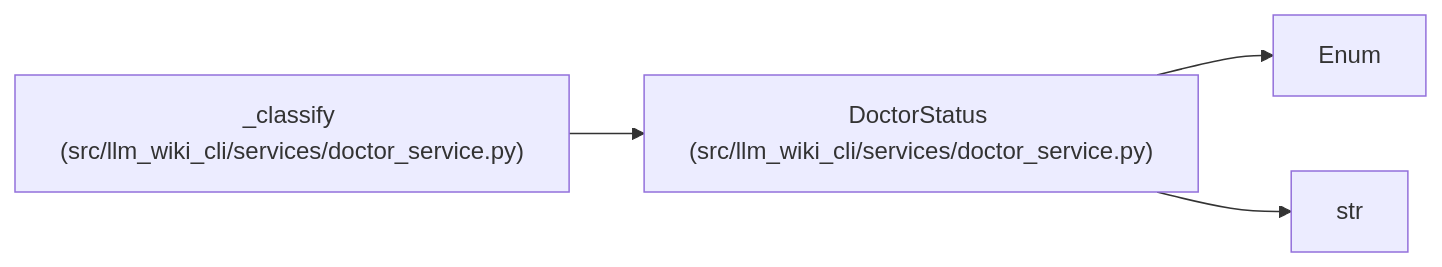
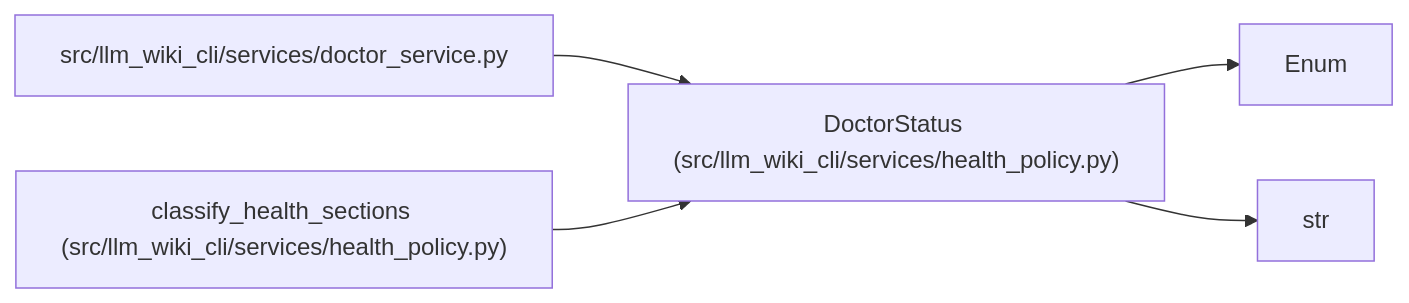
Before and after one commit to Denissvgn/python-wiki-llm: the diagram in docs/llm_wiki/entities/DoctorStatus.md, drawn with Mermaid. The commit also changed other lines of this file and 727 other files, not shown here.

````diff
--- a/docs/llm_wiki/entities/DoctorStatus.md
+++ b/docs/llm_wiki/entities/DoctorStatus.md
@@ -28,12 +28,15 @@
 ```mermaid
 flowchart LR
-    n0["DoctorStatus (src/llm_wiki_cli/services/doctor_service.py)"]
+    n0["DoctorStatus (src/llm_wiki_cli/services/health_policy.py)"]
     n1["Enum"]
     n2["str"]
-    n3["_classify (src/llm_wiki_cli/services/doctor_service.py)"]
+    n3["src/llm_wiki_cli/services/doctor_service.py"]
+    n4["classify_health_sections (src/llm_wiki_cli/services/health_policy.py)"]
     n0 --> n1
     n0 --> n2
     n3 --> n0
-    click n0 "../modules/doctor_service.md"
+    n4 --> n0
+    click n0 "../modules/health_policy.md"
     click n3 "../modules/doctor_service.md"
+    click n4 "../modules/health_policy.md"
 ```
````
